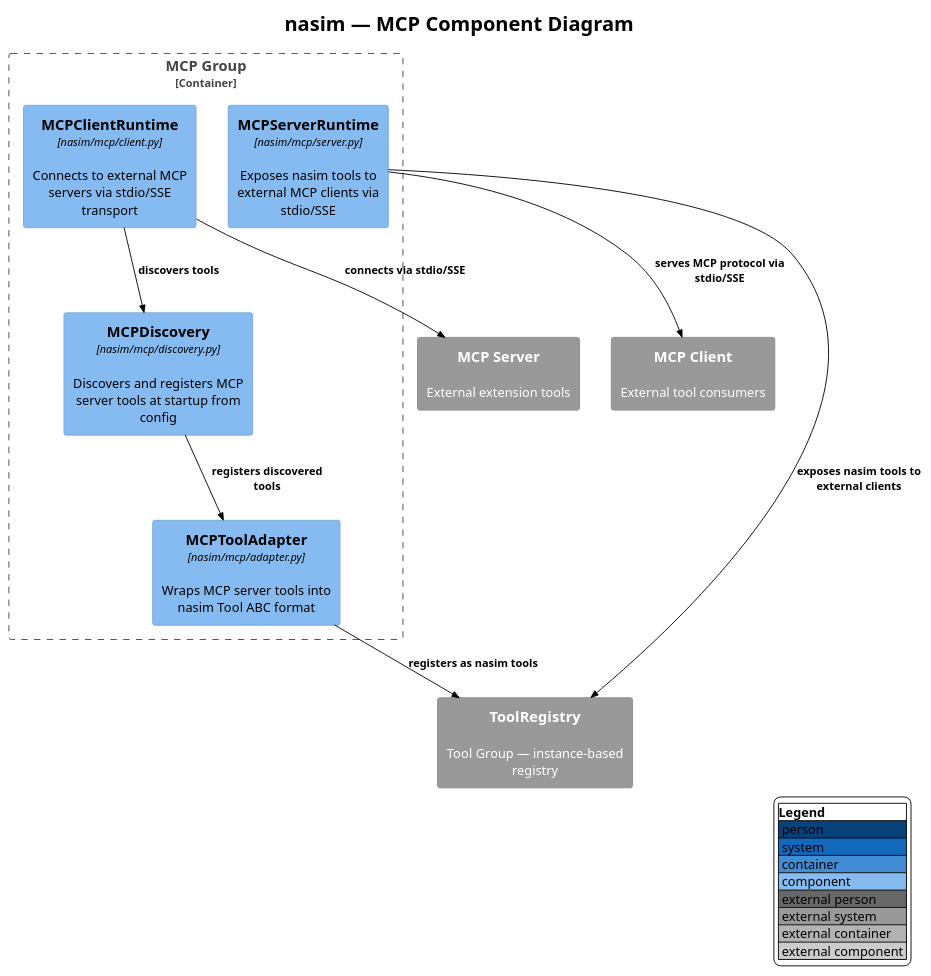
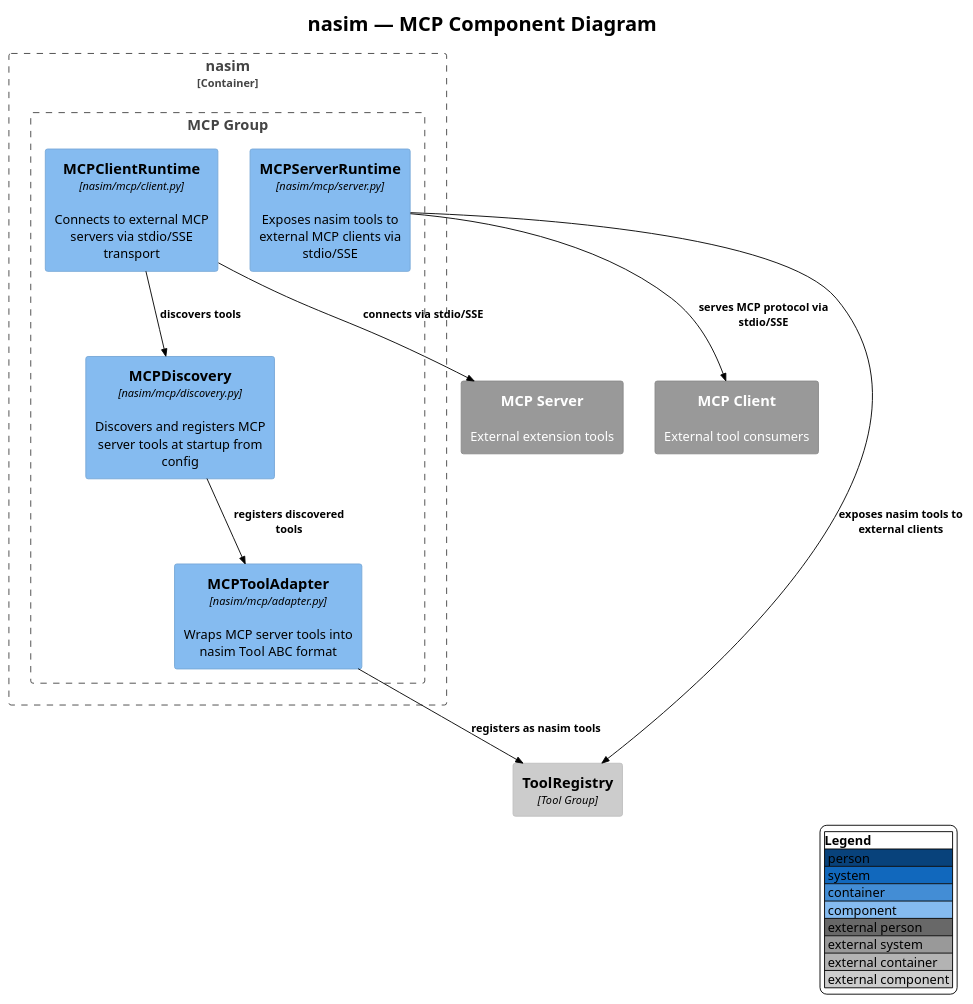
Before and after one commit to salimnamvar/nasim: the diagram in docs/C4/c4_nasim_component_mcp.puml, drawn with PlantUML. The commit also changed 24 other files, not shown here.

First line of the commit message:
docs(c4): audit and fix all C4 diagrams to 9.0.0 standards

```diff
--- a/docs/C4/c4_nasim_component_mcp.puml
+++ b/docs/C4/c4_nasim_component_mcp.puml
@@ -1,37 +1,39 @@
 @startuml c4_nasim_component_mcp
 !include https://raw.githubusercontent.com/plantuml-stdlib/C4-PlantUML/v2.10.0/C4_Component.puml
 !theme plain
 
 
 ' ============================================================
 ' Title:     nasim — MCP Component Diagram
-' Boundary:  nasim core library — MCP group
+' Boundary:  nasim (container) — MCP Group
 ' Purpose:   Model Context Protocol as first-class subsystem
 ' Milestone: v1.0
-' Version:   6.0.0
+' Version:   9.0.0
 ' Source:    docs/prompt/p1.md — corrective architecture review
 ' Review:    docs/audit/audit.2026.06.20.comprehensive.reference.audit.md
 ' ============================================================
 
 LAYOUT_WITH_LEGEND()
 title nasim — MCP Component Diagram
 
-Container_Boundary(mcp_boundary, "MCP Group") {
-    Component(mcp_client_rt, "MCPClientRuntime", "nasim/mcp/client.py", "Connects to external MCP servers via stdio/SSE transport")
-    Component(mcp_server_rt, "MCPServerRuntime", "nasim/mcp/server.py", "Exposes nasim tools to external MCP clients via stdio/SSE")
-    Component(mcp_tool_adapter, "MCPToolAdapter", "nasim/mcp/adapter.py", "Wraps MCP server tools into nasim Tool ABC format")
-    Component(mcp_discovery, "MCPDiscovery", "nasim/mcp/discovery.py", "Discovers and registers MCP server tools at startup from config")
+Container_Boundary(nasim, "nasim") {
+    Boundary(mcp_group, "MCP Group") {
+        Component(mcp_client_rt, "MCPClientRuntime", "nasim/mcp/client.py", "Connects to external MCP servers via stdio/SSE transport")
+        Component(mcp_server_rt, "MCPServerRuntime", "nasim/mcp/server.py", "Exposes nasim tools to external MCP clients via stdio/SSE")
+        Component(mcp_tool_adapter, "MCPToolAdapter", "nasim/mcp/adapter.py", "Wraps MCP server tools into nasim Tool ABC format")
+        Component(mcp_discovery, "MCPDiscovery", "nasim/mcp/discovery.py", "Discovers and registers MCP server tools at startup from config")
+    }
 }
 
 System_Ext(mcp_server, "MCP Server", "External extension tools")
 System_Ext(mcp_client, "MCP Client", "External tool consumers")
-System_Ext(tool_registry, "ToolRegistry", "Tool Group — instance-based registry")
+Component_Ext(tool_registry, "ToolRegistry", "Tool Group")
 
 Rel(mcp_client_rt, mcp_server, "connects via stdio/SSE")
 Rel(mcp_client_rt, mcp_discovery, "discovers tools")
 Rel(mcp_discovery, mcp_tool_adapter, "registers discovered tools")
 Rel(mcp_tool_adapter, tool_registry, "registers as nasim tools")
 Rel(mcp_server_rt, tool_registry, "exposes nasim tools to external clients")
 Rel(mcp_server_rt, mcp_client, "serves MCP protocol via stdio/SSE")
 
 @enduml
```
